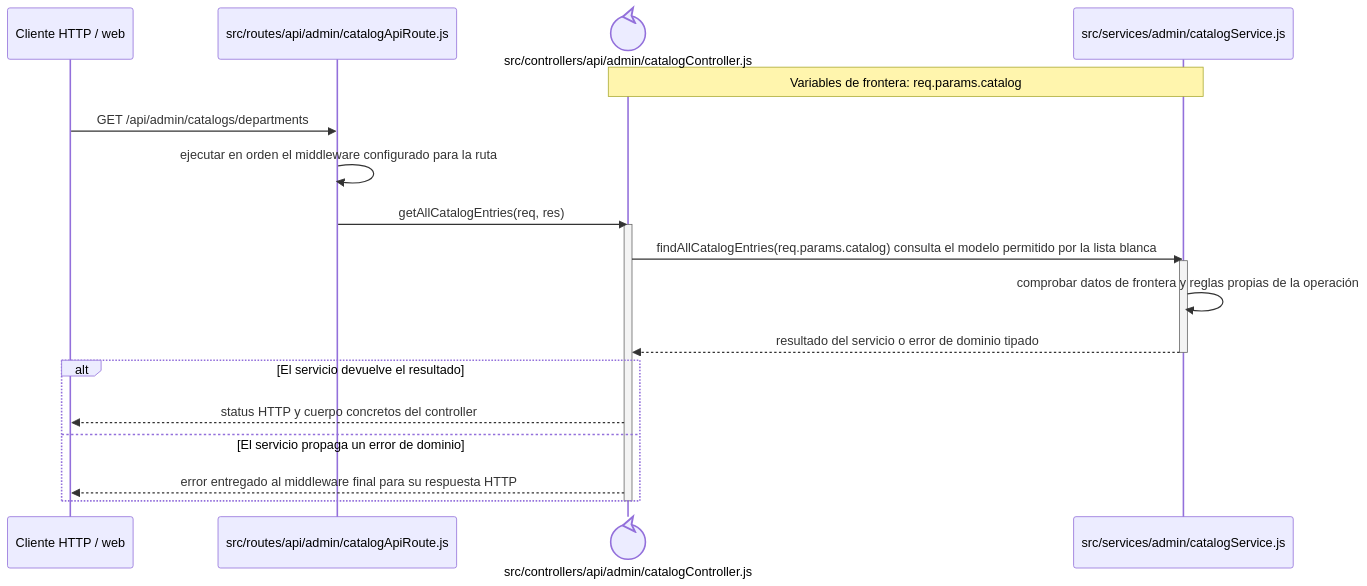
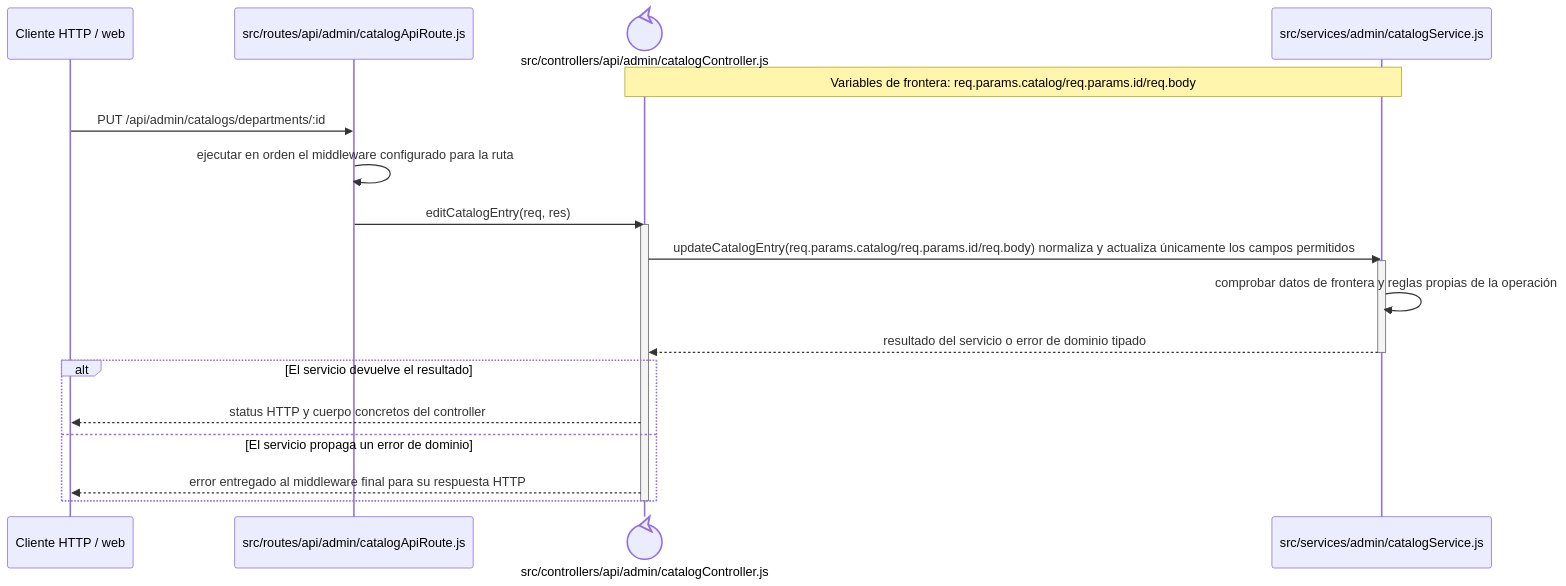
Before and after one commit to gpgsistemas01/nexus: the diagram in docs/architecture/backend-code-sequences/catalogs/cu-cat-27.md, drawn with Mermaid. The commit also changed other lines of this file and 207 other files, not shown here.

````diff
--- a/docs/architecture/backend-code-sequences/catalogs/cu-cat-27.md
+++ b/docs/architecture/backend-code-sequences/catalogs/cu-cat-27.md
@@ -6,24 +6,24 @@
 ```mermaid
 sequenceDiagram
     participant Client as Cliente HTTP / web
     participant Route as src/routes/api/admin/catalogApiRoute.js
     participant Controller@{ "type": "control" } as src/controllers/api/admin/catalogController.js
     participant Domain as src/services/admin/catalogService.js
-    Note over Controller,Domain: Variables de frontera: req.params.catalog
+    Note over Controller,Domain: Variables de frontera: req.params.catalog/req.params.id/req.body
 
-    Client->>Route: GET /api/admin/catalogs/departments
+    Client->>Route: PUT /api/admin/catalogs/departments/:id
     Route->>Route: ejecutar en orden el middleware configurado para la ruta
-    Route->>Controller: getAllCatalogEntries(req, res)
+    Route->>Controller: editCatalogEntry(req, res)
     activate Controller
-    Controller->>Domain: findAllCatalogEntries(req.params.catalog) consulta el modelo permitido por la lista blanca
+    Controller->>Domain: updateCatalogEntry(req.params.catalog/req.params.id/req.body) normaliza y actualiza únicamente los campos permitidos
     activate Domain
     Domain->>Domain: comprobar datos de frontera y reglas propias de la operación
     Domain-->>Controller: resultado del servicio o error de dominio tipado
     deactivate Domain
     alt El servicio devuelve el resultado
         Controller-->>Client: status HTTP y cuerpo concretos del controller
     else El servicio propaga un error de dominio
         Controller-->>Client: error entregado al middleware final para su respuesta HTTP
     end
     deactivate Controller
 ```
````
